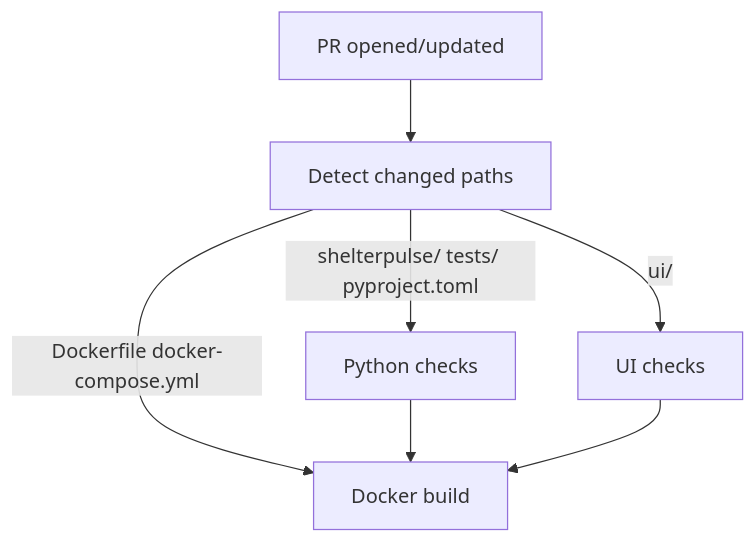
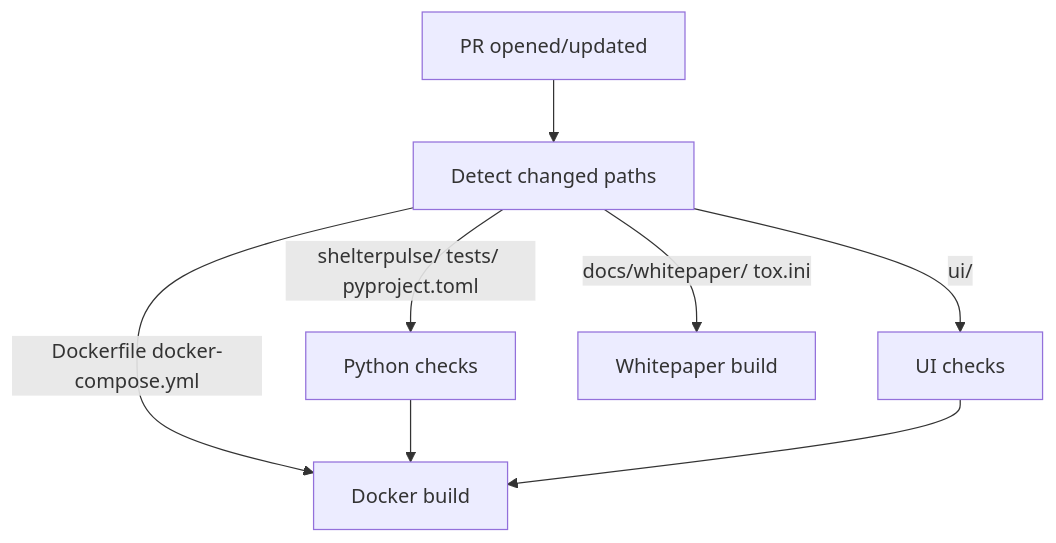
Before and after one commit to ricardogr07/shelter-pulse: the third of 5 diagrams in .github/workflows.md, drawn with Mermaid. The commit also changed other lines of this file, not shown here.

````diff
--- a/.github/workflows.md
+++ b/.github/workflows.md
@@ -65,9 +79,10 @@
 ```mermaid
 graph TD
     A[PR opened/updated] --> B[Detect changed paths]
     B -->|shelterpulse/ tests/ pyproject.toml| C[Python checks]
     B -->|ui/| D[UI checks]
+    B -->|docs/whitepaper/ tox.ini| W[Whitepaper build]
     B -->|Dockerfile docker-compose.yml| E[Docker build]
     C --> E
     D --> E
 ```
````
